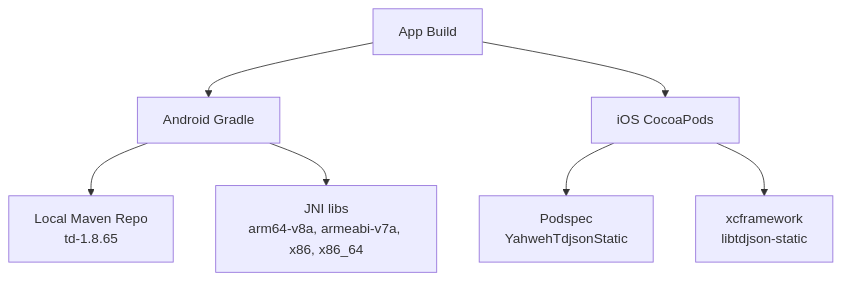
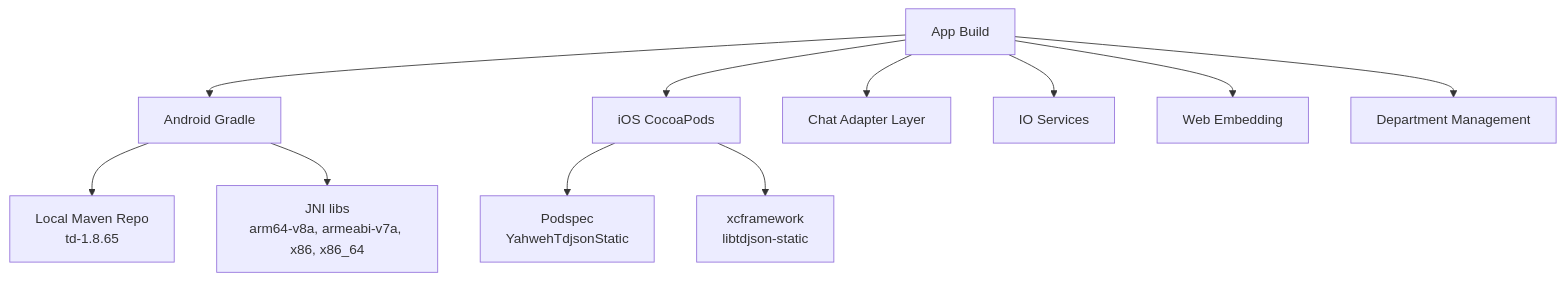
One commit to raihom-netizen/com.gestaoyahwehios.app changed the eighth of 8 diagrams in .qoder/repowiki/en/content/Chat System/Telegram Integration (TDLIB).md. Above: the diagram before and after it, drawn with Mermaid. The commit also changed other lines of this file and 504 other files, not shown here.

Commit message:
chore: deploy completo producao 11.2.305+2138/2139 - deep-links, chat badges, TDLib, Functions, web

````diff
--- a/.qoder/repowiki/en/content/Chat System/Telegram Integration (TDLIB).md
+++ b/.qoder/repowiki/en/content/Chat System/Telegram Integration (TDLIB).md
@@ -361,9 +493,13 @@
 ```mermaid
 graph TB
 A["App Build"] --> B["Android Gradle"]
 A --> C["iOS CocoaPods"]
 B --> D["Local Maven Repo<br/>td-1.8.65"]
 B --> E["JNI libs<br/>arm64-v8a, armeabi-v7a, x86, x86_64"]
 C --> F["Podspec<br/>YahwehTdjsonStatic"]
 C --> G["xcframework<br/>libtdjson-static"]
+A --> H["Chat Adapter Layer"]
+A --> I["IO Services"]
+A --> J["Web Embedding"]
+A --> K["Department Management"]
 ```
````
